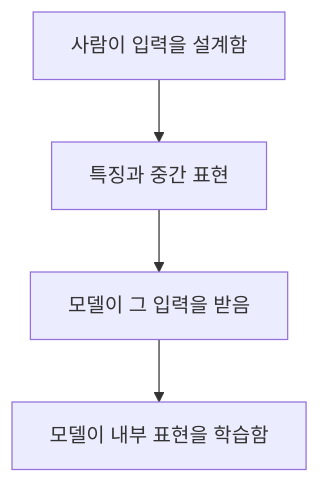
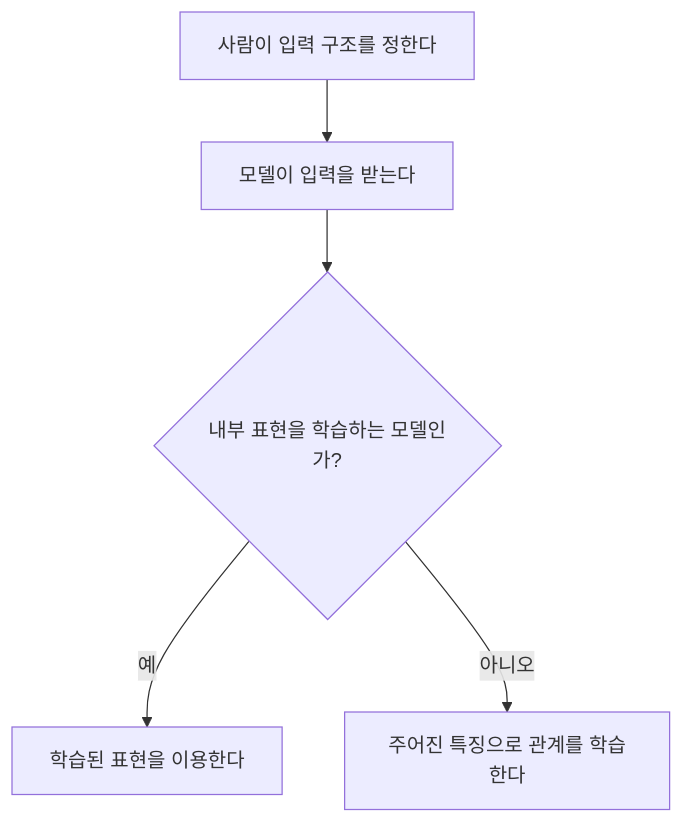
Before and after one commit to devchan64/AiBook: the diagram in docs/assets/part-03/chapter-06/p3-6-3-mermaid-01-ko.mmd, drawn with Mermaid. The commit also changed 216 other files, not shown here.

Commit message:
Review Part 3 explanations and improve diagram readability

````diff
--- a/docs/assets/part-03/chapter-06/p3-6-3-mermaid-01-ko.mmd
+++ b/docs/assets/part-03/chapter-06/p3-6-3-mermaid-01-ko.mmd
@@ -1,9 +1,7 @@
 ```mermaid
 flowchart TD
-    H[사람이 입력을 설계함]
-    F[특징과 중간 표현]
-    M[모델이 그 입력을 받음]
-    R[모델이 내부 표현을 학습함]
-
-    H --> F --> M --> R
+    H[사람이 입력 구조를 정한다] --> M[모델이 입력을 받는다]
+    M --> Q{내부 표현을 학습하는 모델인가?}
+    Q -->|예| R[학습된 표현을 이용한다]
+    Q -->|아니오| F[주어진 특징으로 관계를 학습한다]
 ```
````
